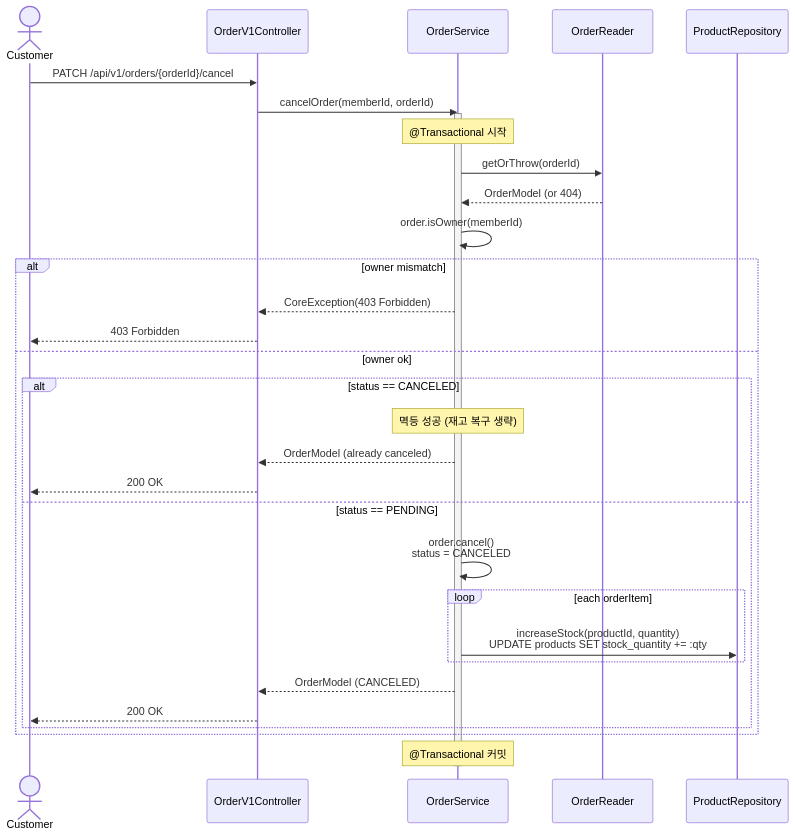
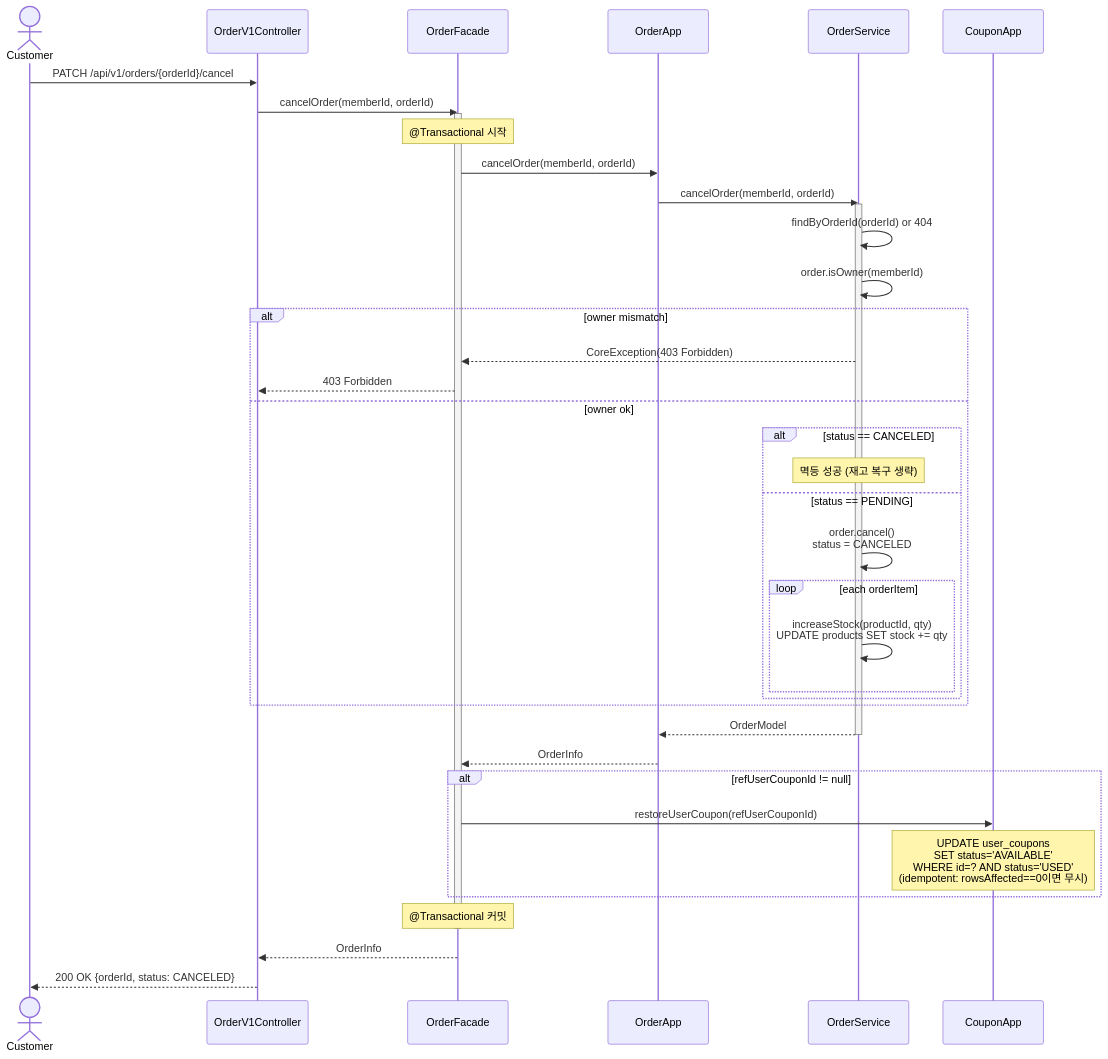
The second of 6 diagrams in docs/design/02-sequence-diagrams.md (YoHanKi/loop-pack-be-l2-vol3-java), drawn with Mermaid before and after one commit. The commit also changed other lines of this file and 31 other files, not shown here.

````diff
--- a/docs/design/02-sequence-diagrams.md
+++ b/docs/design/02-sequence-diagrams.md
@@ -98,49 +127,57 @@
 ```mermaid
 sequenceDiagram
     actor Customer
     participant Controller as OrderV1Controller
+    participant Facade as OrderFacade
+    participant OrderApp as OrderApp
     participant OrderService as OrderService
-    participant OrderReader as OrderReader
-    participant ProductRepo as ProductRepository
+    participant CouponApp as CouponApp
 
     Customer->>Controller: PATCH /api/v1/orders/{orderId}/cancel
-    Controller->>OrderService: cancelOrder(memberId, orderId)
+    Controller->>Facade: cancelOrder(memberId, orderId)
+
+    activate Facade
+    Note over Facade: @Transactional 시작
+
+    Facade->>OrderApp: cancelOrder(memberId, orderId)
+    OrderApp->>OrderService: cancelOrder(memberId, orderId)
 
     activate OrderService
-    Note over OrderService: @Transactional 시작
-
     %% 주문 조회
-    OrderService->>OrderReader: getOrThrow(orderId)
-    OrderReader-->>OrderService: OrderModel (or 404)
+    OrderService->>OrderService: findByOrderId(orderId) or 404
 
     %% 소유권 확인
     OrderService->>OrderService: order.isOwner(memberId)
     alt owner mismatch
-        OrderService-->>Controller: CoreException(403 Forbidden)
-        Controller-->>Customer: 403 Forbidden
+        OrderService-->>Facade: CoreException(403 Forbidden)
+        Facade-->>Controller: 403 Forbidden
     else owner ok
 
-        %% 상태 확인 (멱등 포함)
         alt status == CANCELED
             Note over OrderService: 멱등 성공 (재고 복구 생략)
-            OrderService-->>Controller: OrderModel (already canceled)
-            Controller-->>Customer: 200 OK
         else status == PENDING
-
-            %% 상태 전이
             OrderService->>OrderService: order.cancel()<br/>status = CANCELED
 
-            %% 재고 복구
             loop each orderItem
-                OrderService->>ProductRepo: increaseStock(productId, quantity)<br/>UPDATE products SET stock_quantity += :qty
+                OrderService->>OrderService: increaseStock(productId, qty)<br/>UPDATE products SET stock += qty
             end
+        end
 
-            OrderService-->>Controller: OrderModel (CANCELED)
-            Controller-->>Customer: 200 OK
-
-        end
     end
 
-    Note over OrderService: @Transactional 커밋
+    OrderService-->>OrderApp: OrderModel
     deactivate OrderService
+    OrderApp-->>Facade: OrderInfo
+
+    %% 쿠폰 복원 (주문에 쿠폰이 있었던 경우)
+    alt refUserCouponId != null
+        Facade->>CouponApp: restoreUserCoupon(refUserCouponId)
+        Note over CouponApp: UPDATE user_coupons<br/>SET status='AVAILABLE'<br/>WHERE id=? AND status='USED'<br/>(idempotent: rowsAffected==0이면 무시)
+    end
+
+    Note over Facade: @Transactional 커밋
+    deactivate Facade
+
+    Facade-->>Controller: OrderInfo
+    Controller-->>Customer: 200 OK {orderId, status: CANCELED}
 ```
````
